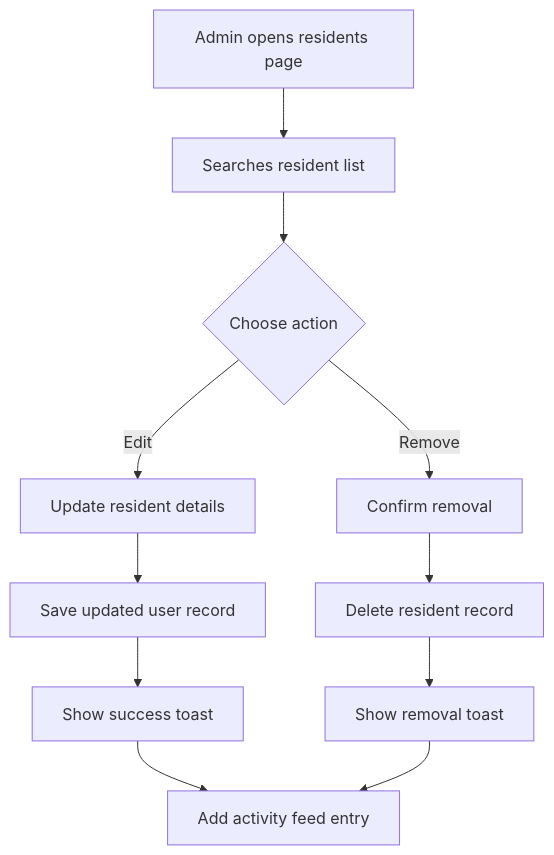
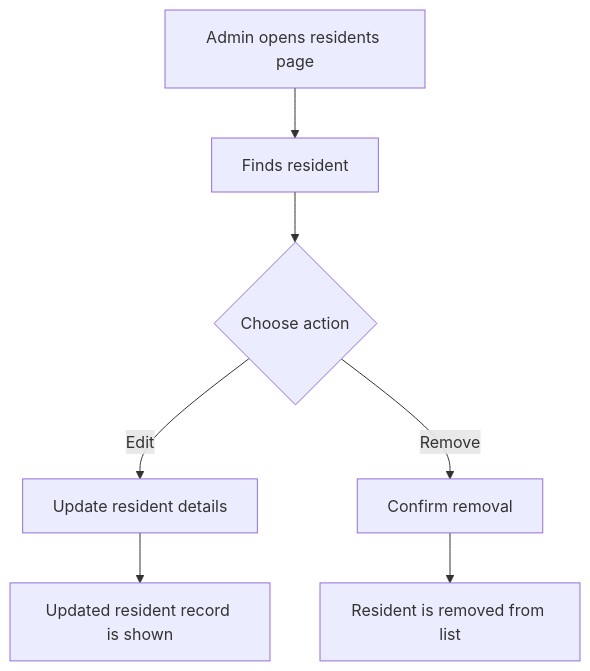
Before and after one commit to painful-bug/MAY2026-Team-035: diagram 13 of 20 in implemented_flows.md, drawn with Mermaid. The commit also changed other lines of this file, not shown here.

First line of the commit message:
Simplify flow documentation

````diff
--- a/implemented_flows.md
+++ b/implemented_flows.md
@@ -266,13 +145,9 @@
 ```mermaid
 flowchart TD
-  A[Admin opens residents page] --> B[Searches resident list]
+  A[Admin opens residents page] --> B[Finds resident]
   B --> C{Choose action}
   C -->|Edit| D[Update resident details]
-  D --> E[Save updated user record]
-  E --> F[Show success toast]
-  C -->|Remove| G[Confirm removal]
-  G --> H[Delete resident record]
-  H --> I[Show removal toast]
-  F --> J[Add activity feed entry]
-  I --> J
+  D --> E[Updated resident record is shown]
+  C -->|Remove| F[Confirm removal]
+  F --> G[Resident is removed from list]
 ```
````
